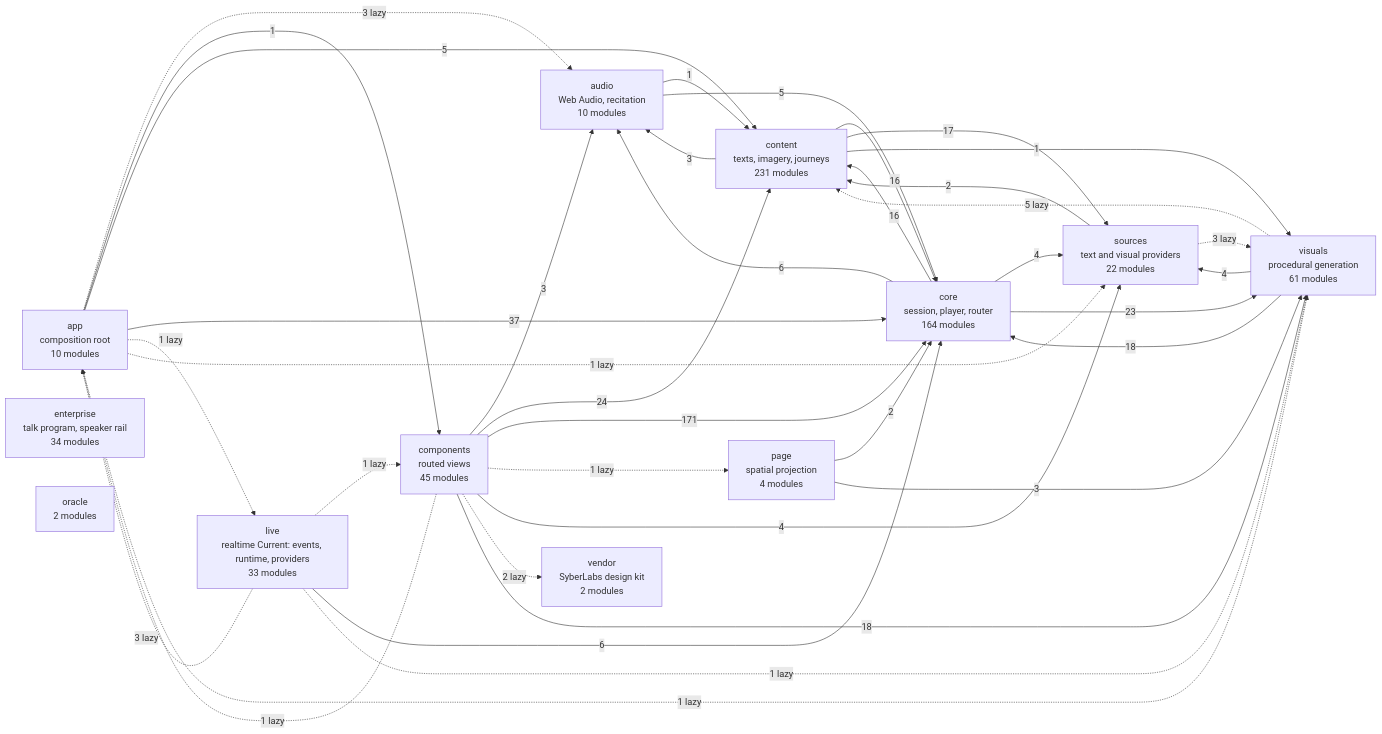
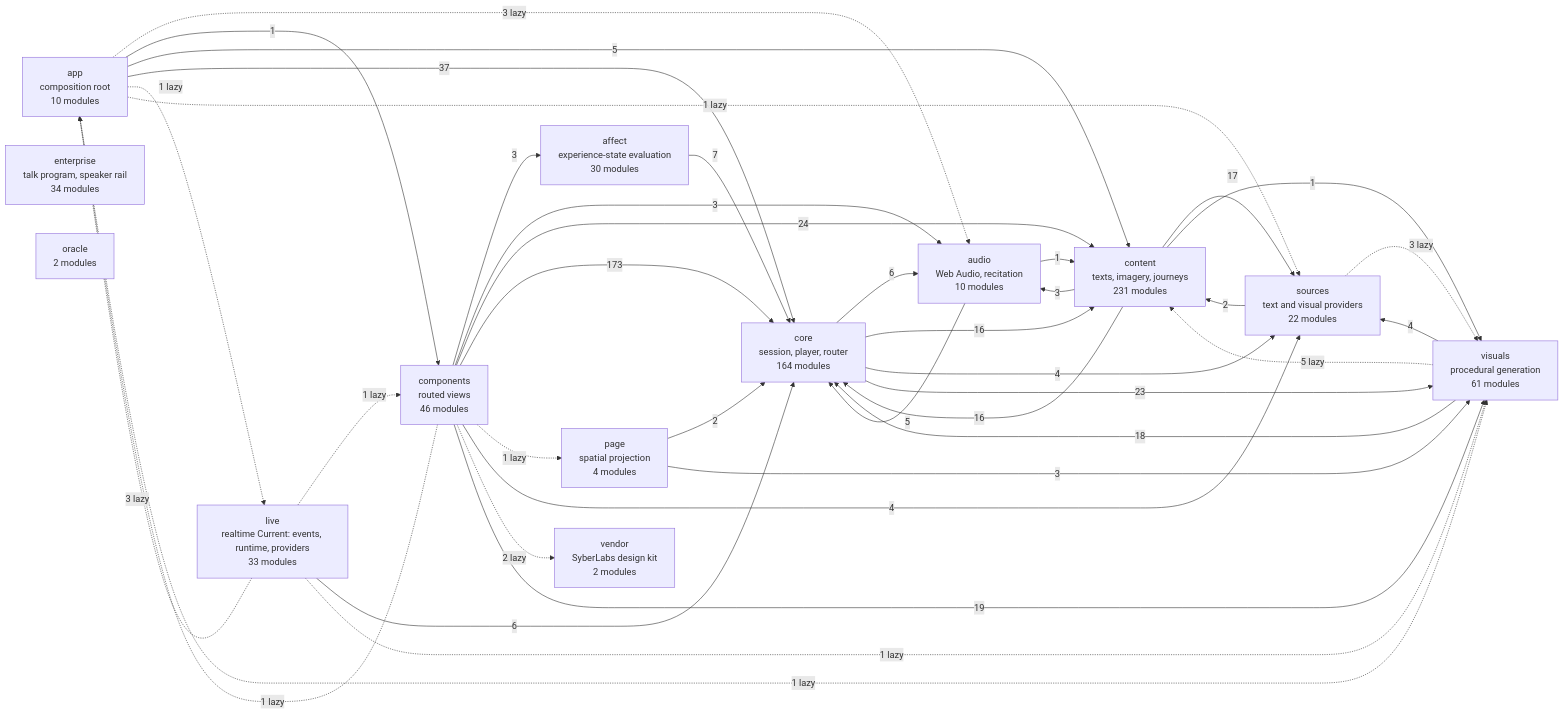
One commit to SyberLabs/RISE changed the diagram in docs/specs/ARCHITECTURE.md. Above: the diagram before and after it, drawn with Mermaid. The commit also changed other lines of this file and 73 other files, not shown here.

First line of the commit message:
Add an inspectable affect layer for experience state (#296)

````diff
--- a/docs/specs/ARCHITECTURE.md
+++ b/docs/specs/ARCHITECTURE.md
@@ -160,52 +160,55 @@
 ```mermaid
 flowchart LR
+    affect["affect<br/>experience-state evaluation<br/>30 modules"]
     app["app<br/>composition root<br/>10 modules"]
     audio["audio<br/>Web Audio, recitation<br/>10 modules"]
-    components["components<br/>routed views<br/>45 modules"]
+    components["components<br/>routed views<br/>46 modules"]
     content["content<br/>texts, imagery, journeys<br/>231 modules"]
     core["core<br/>session, player, router<br/>164 modules"]
     enterprise["enterprise<br/>talk program, speaker rail<br/>34 modules"]
     live["live<br/>realtime Current: events, runtime, providers<br/>33 modules"]
     oracle["oracle<br/>2 modules"]
     page["page<br/>spatial projection<br/>4 modules"]
     sources["sources<br/>text and visual providers<br/>22 modules"]
     vendor["vendor<br/>SyberLabs design kit<br/>2 modules"]
     visuals["visuals<br/>procedural generation<br/>61 modules"]
 
+    affect --> |7| core
     app -.-> |3 lazy| audio
     app --> |1| components
     app --> |5| content
     app --> |37| core
     app -.-> |1 lazy| live
     app -.-> |1 lazy| sources
     app -.-> |1 lazy| visuals
     audio --> |1| content
     audio --> |5| core
+    components --> |3| affect
     components -.-> |1 lazy| app
     components --> |3| audio
     components --> |24| content
-    components --> |171| core
+    components --> |173| core
     components -.-> |1 lazy| page
     components --> |4| sources
     components -.-> |2 lazy| vendor
-    components --> |18| visuals
+    components --> |19| visuals
     content --> |3| audio
     content --> |16| core
     content --> |17| sources
     content --> |1| visuals
     core --> |6| audio
     core --> |16| content
     core --> |4| sources
     core --> |23| visuals
     live -.-> |3 lazy| app
     live -.-> |1 lazy| components
     live --> |6| core
     live -.-> |1 lazy| visuals
     page --> |2| core
     page --> |3| visuals
     sources --> |2| content
     sources -.-> |3 lazy| visuals
     visuals -.-> |5 lazy| content
     visuals --> |18| core
     visuals --> |4| sources
 ```
````
